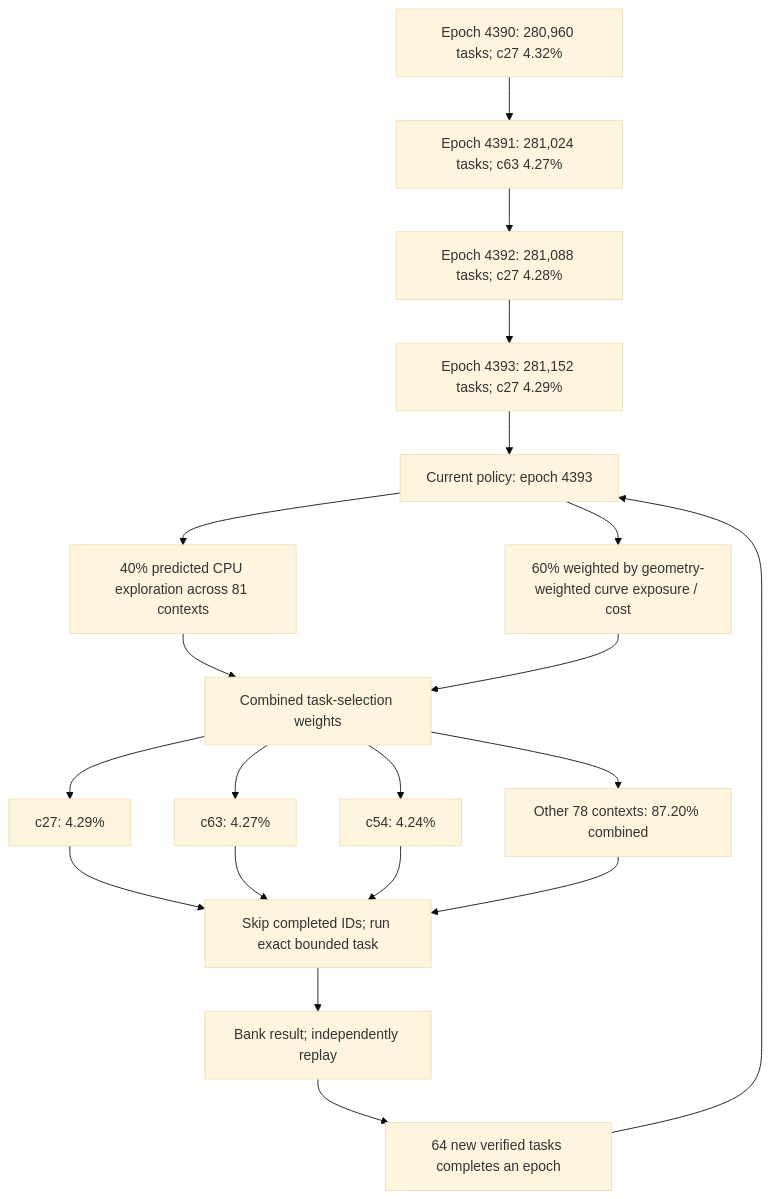
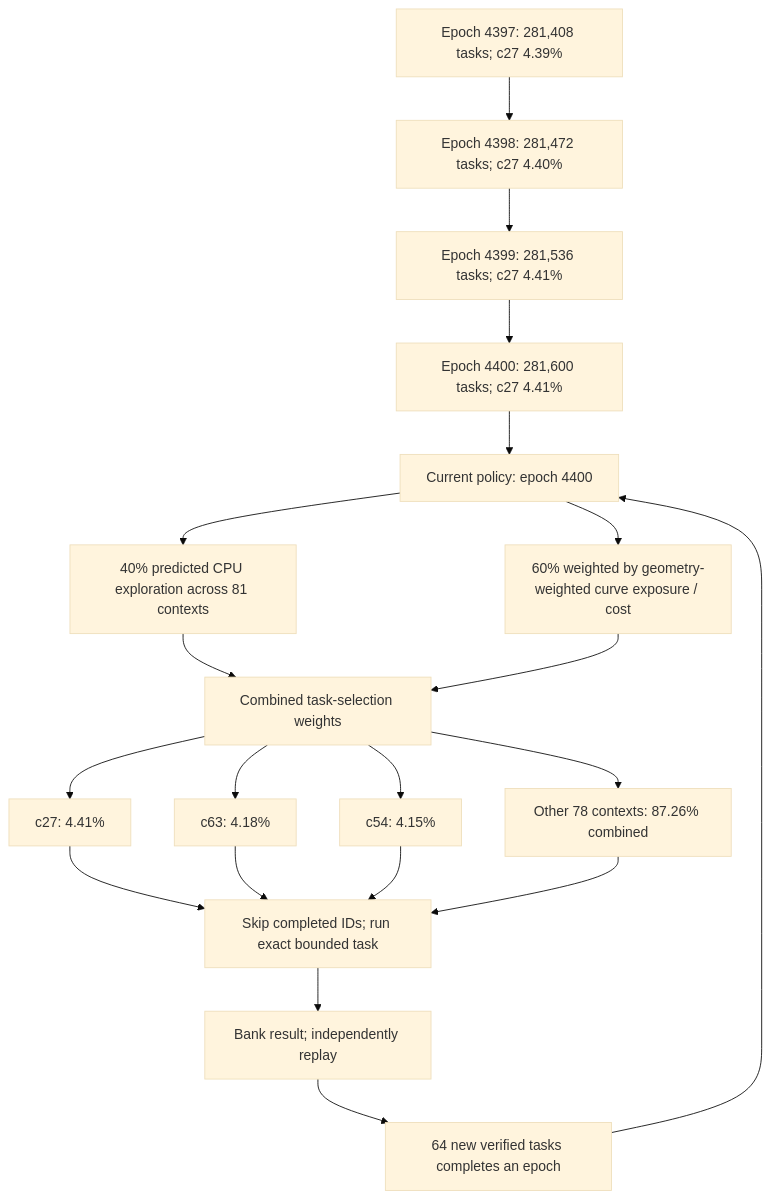
Before and after one commit to Kuberwastaken/math-gambling: the first of 3 diagrams in README.md, drawn with Mermaid (base theme). The commit also changed other lines of this file and 3328 other files, not shown here.

````diff
--- a/README.md
+++ b/README.md
@@ -60,27 +60,27 @@
 ```mermaid
 flowchart TD
-    H0["Epoch 4390: 280,960 tasks; c27 4.32%"]
-    H1["Epoch 4391: 281,024 tasks; c63 4.27%"]
+    H0["Epoch 4397: 281,408 tasks; c27 4.39%"]
+    H1["Epoch 4398: 281,472 tasks; c27 4.40%"]
     H0 --> H1
-    H2["Epoch 4392: 281,088 tasks; c27 4.28%"]
+    H2["Epoch 4399: 281,536 tasks; c27 4.41%"]
     H1 --> H2
-    H3["Epoch 4393: 281,152 tasks; c27 4.29%"]
+    H3["Epoch 4400: 281,600 tasks; c27 4.41%"]
     H2 --> H3
-    Policy["Current policy: epoch 4393"]
+    Policy["Current policy: epoch 4400"]
     H3 --> Policy
     Policy --> Explore["40% predicted CPU exploration across 81 contexts"]
     Policy --> Cost["60% weighted by geometry-weighted curve exposure / cost"]
     Explore --> Mix["Combined task-selection weights"]
     Cost --> Mix
-    Mix --> C0["c27: 4.29%"]
-    Mix --> C1["c63: 4.27%"]
-    Mix --> C2["c54: 4.24%"]
-    Mix --> Rest["Other 78 contexts: 87.20% combined"]
+    Mix --> C0["c27: 4.41%"]
+    Mix --> C1["c63: 4.18%"]
+    Mix --> C2["c54: 4.15%"]
+    Mix --> Rest["Other 78 contexts: 87.26% combined"]
     C0 --> Check["Skip completed IDs; run exact bounded task"]
     C1 --> Check
     C2 --> Check
     Rest --> Check
     Check --> Replay["Bank result; independently replay"]
     Replay --> Gate["64 new verified tasks completes an epoch"]
     Gate --> Policy
 ```
````
